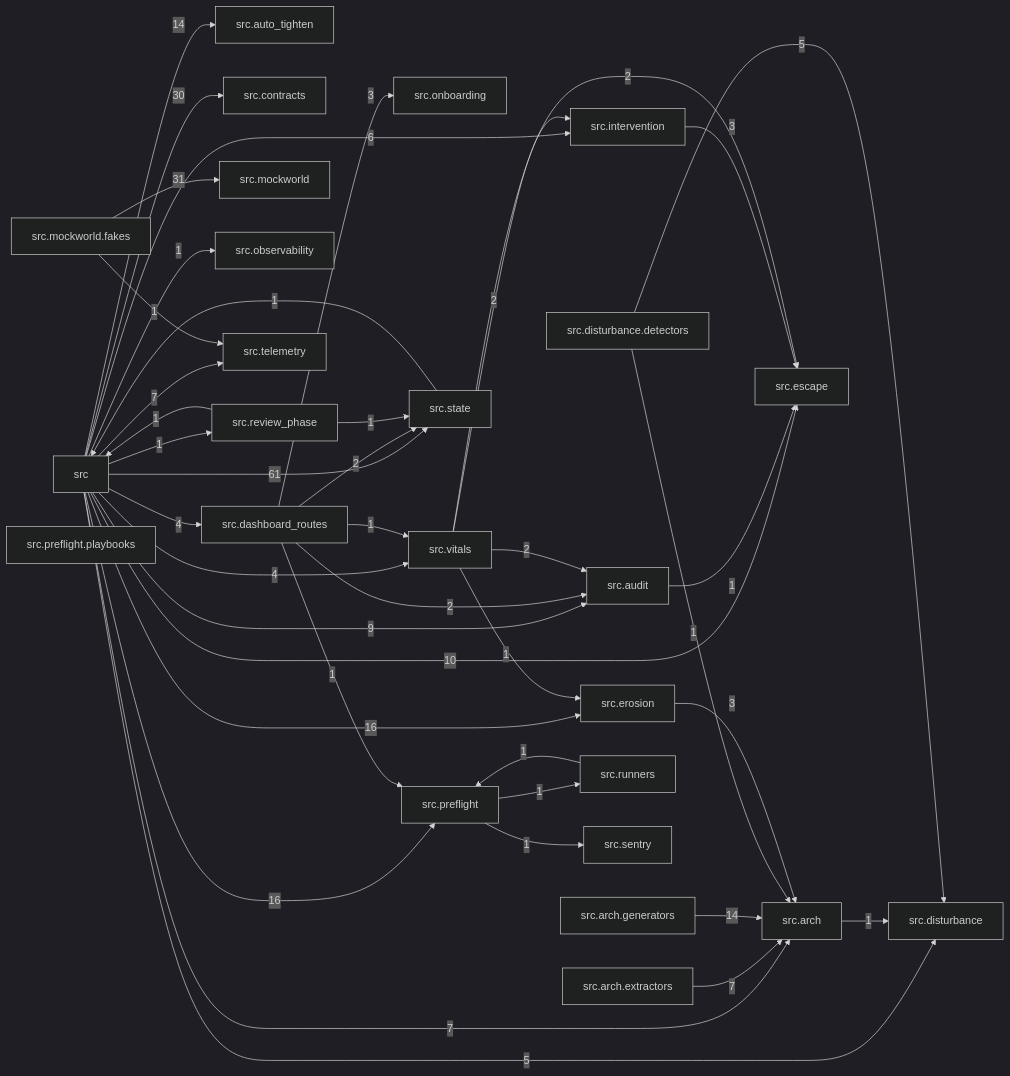
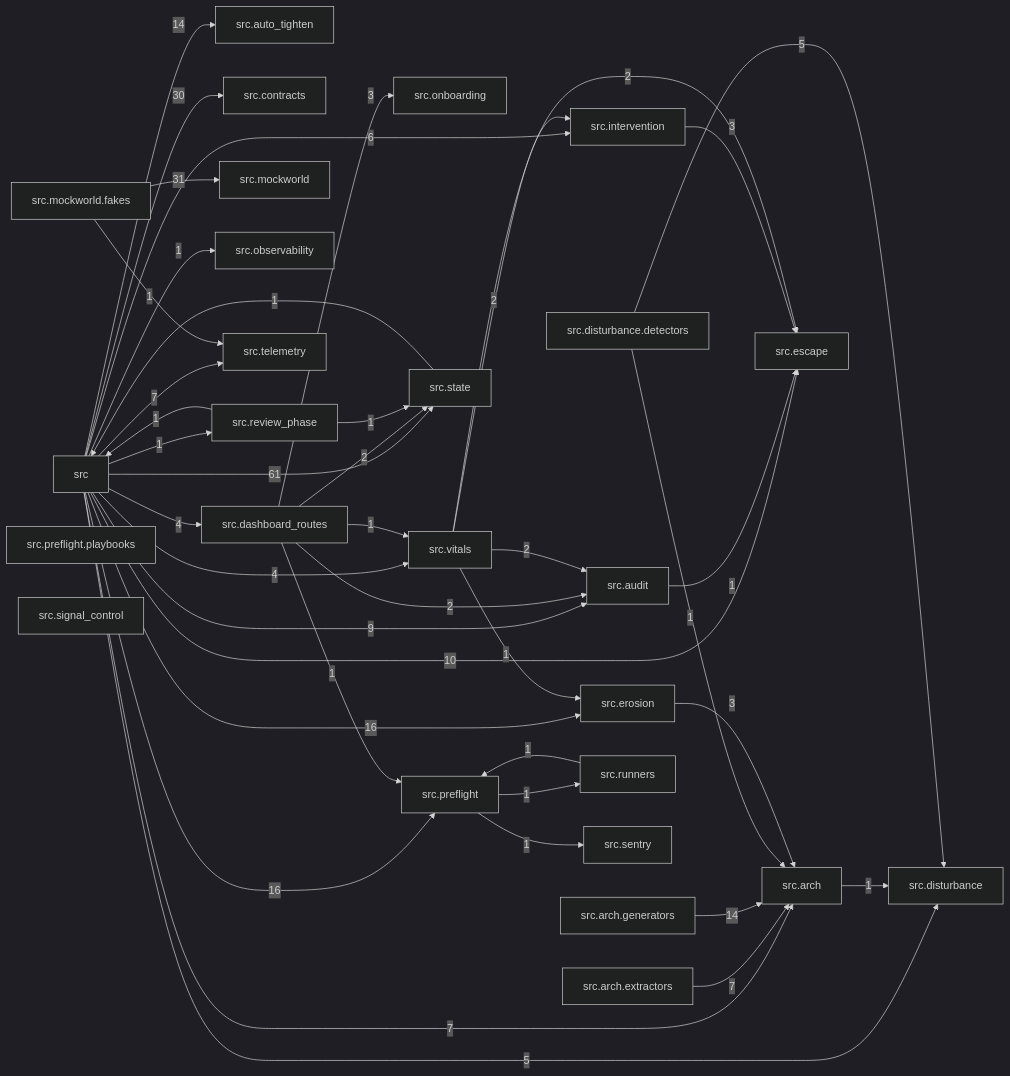
The diagram in docs/arch/generated/modules.md (T-rav/hydraflow), drawn with Mermaid (dark theme) before and after one commit. The commit also changed 11 other files, not shown here.

First line of the commit message:
feat(signal-control): pure control-theory substrate (Stage 1) (#10502)

````diff
--- a/docs/arch/generated/modules.md
+++ b/docs/arch/generated/modules.md
@@ -7,68 +7,69 @@
 ```mermaid
 graph LR
     src["src"]
     src_arch["src.arch"]
     src_arch_extractors["src.arch.extractors"]
     src_arch_generators["src.arch.generators"]
     src_audit["src.audit"]
     src_auto_tighten["src.auto_tighten"]
     src_contracts["src.contracts"]
     src_dashboard_routes["src.dashboard_routes"]
     src_disturbance["src.disturbance"]
     src_disturbance_detectors["src.disturbance.detectors"]
     src_erosion["src.erosion"]
     src_escape["src.escape"]
     src_intervention["src.intervention"]
     src_mockworld["src.mockworld"]
     src_mockworld_fakes["src.mockworld.fakes"]
     src_observability["src.observability"]
     src_onboarding["src.onboarding"]
     src_preflight["src.preflight"]
     src_preflight_playbooks["src.preflight.playbooks"]
     src_review_phase["src.review_phase"]
     src_runners["src.runners"]
     src_sentry["src.sentry"]
+    src_signal_control["src.signal_control"]
     src_state["src.state"]
     src_telemetry["src.telemetry"]
     src_vitals["src.vitals"]
     src -- "7" --> src_arch
     src -- "9" --> src_audit
     src -- "14" --> src_auto_tighten
     src -- "30" --> src_contracts
     src -- "4" --> src_dashboard_routes
     src -- "5" --> src_disturbance
     src -- "16" --> src_erosion
     src -- "10" --> src_escape
     src -- "6" --> src_intervention
     src -- "1" --> src_observability
     src -- "16" --> src_preflight
     src -- "1" --> src_review_phase
     src -- "61" --> src_state
     src -- "7" --> src_telemetry
     src -- "4" --> src_vitals
     src_arch -- "1" --> src_disturbance
     src_arch_extractors -- "7" --> src_arch
     src_arch_generators -- "14" --> src_arch
     src_audit -- "1" --> src_escape
     src_dashboard_routes -- "2" --> src_audit
     src_dashboard_routes -- "3" --> src_onboarding
     src_dashboard_routes -- "1" --> src_preflight
     src_dashboard_routes -- "2" --> src_state
     src_dashboard_routes -- "1" --> src_vitals
     src_disturbance_detectors -- "1" --> src_arch
     src_disturbance_detectors -- "5" --> src_disturbance
     src_erosion -- "3" --> src_arch
     src_intervention -- "3" --> src_escape
     src_mockworld_fakes -- "31" --> src_mockworld
     src_mockworld_fakes -- "1" --> src_telemetry
     src_preflight -- "1" --> src_runners
     src_preflight -- "1" --> src_sentry
     src_review_phase -- "1" --> src
     src_review_phase -- "1" --> src_state
     src_runners -- "1" --> src_preflight
     src_state -- "1" --> src
     src_vitals -- "2" --> src_audit
     src_vitals -- "1" --> src_erosion
     src_vitals -- "2" --> src_escape
     src_vitals -- "2" --> src_intervention
 ```
````
